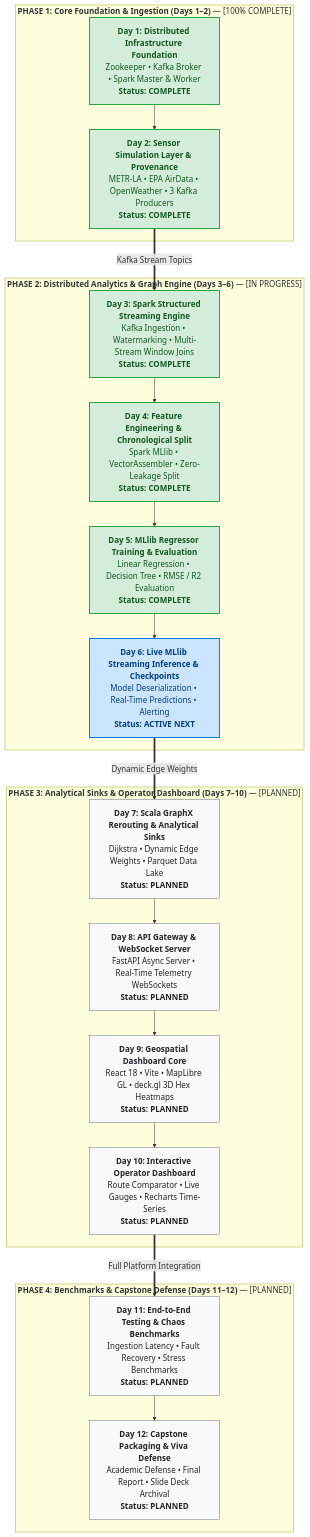
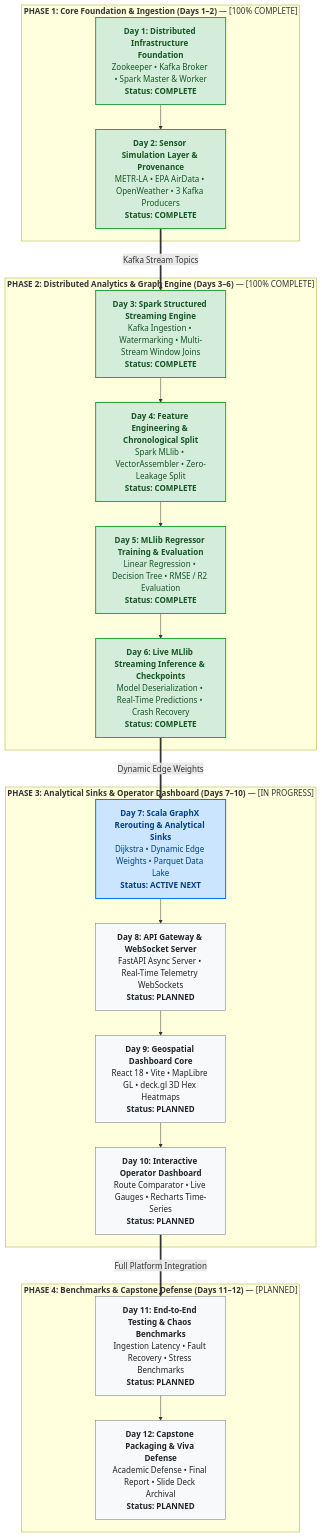
Before and after one commit to charan21042005/urbanix: the diagram in _day-notes/README.md, drawn with Mermaid. The commit also changed other lines of this file and 9 other files, not shown here.

Commit message:
feat(streaming): integrate live MLlib inference and checkpoint recovery

````diff
--- a/_day-notes/README.md
+++ b/_day-notes/README.md
@@ -19,53 +20,53 @@
 ```mermaid
 graph TD
     %% Phase 1: Core Foundation & Ingestion
     subgraph P1["<b>PHASE 1: Core Foundation & Ingestion (Days 1–2)</b> — [100% COMPLETE]"]
         D1["<b>Day 1: Distributed Infrastructure Foundation</b><br>Zookeeper • Kafka Broker • Spark Master & Worker<br><b>Status: COMPLETE</b>"]
         D2["<b>Day 2: Sensor Simulation Layer & Provenance</b><br>METR-LA • EPA AirData • OpenWeather • 3 Kafka Producers<br><b>Status: COMPLETE</b>"]
         D1 --> D2
     end
 
     %% Phase 2: Distributed Analytics & Graph Engine
-    subgraph P2["<b>PHASE 2: Distributed Analytics & Graph Engine (Days 3–6)</b> — [IN PROGRESS]"]
+    subgraph P2["<b>PHASE 2: Distributed Analytics & Graph Engine (Days 3–6)</b> — [100% COMPLETE]"]
         D3["<b>Day 3: Spark Structured Streaming Engine</b><br>Kafka Ingestion • Watermarking • Multi-Stream Window Joins<br><b>Status: COMPLETE</b>"]
         D4["<b>Day 4: Feature Engineering & Chronological Split</b><br>Spark MLlib • VectorAssembler • Zero-Leakage Split<br><b>Status: COMPLETE</b>"]
         D5["<b>Day 5: MLlib Regressor Training & Evaluation</b><br>Linear Regression • Decision Tree • RMSE / R2 Evaluation<br><b>Status: COMPLETE</b>"]
-        D6["<b>Day 6: Live MLlib Streaming Inference & Checkpoints</b><br>Model Deserialization • Real-Time Predictions • Alerting<br><b>Status: ACTIVE NEXT</b>"]
+        D6["<b>Day 6: Live MLlib Streaming Inference & Checkpoints</b><br>Model Deserialization • Real-Time Predictions • Crash Recovery<br><b>Status: COMPLETE</b>"]
         D3 --> D4 --> D5 --> D6
     end
 
     %% Phase 3: Analytical Sinks & Operator Dashboard
-    subgraph P3["<b>PHASE 3: Analytical Sinks & Operator Dashboard (Days 7–10)</b> — [PLANNED]"]
-        D7["<b>Day 7: Scala GraphX Rerouting & Analytical Sinks</b><br>Dijkstra • Dynamic Edge Weights • Parquet Data Lake<br><b>Status: PLANNED</b>"]
+    subgraph P3["<b>PHASE 3: Analytical Sinks & Operator Dashboard (Days 7–10)</b> — [IN PROGRESS]"]
+        D7["<b>Day 7: Scala GraphX Rerouting & Analytical Sinks</b><br>Dijkstra • Dynamic Edge Weights • Parquet Data Lake<br><b>Status: ACTIVE NEXT</b>"]
         D8["<b>Day 8: API Gateway & WebSocket Server</b><br>FastAPI Async Server • Real-Time Telemetry WebSockets<br><b>Status: PLANNED</b>"]
         D9["<b>Day 9: Geospatial Dashboard Core</b><br>React 18 • Vite • MapLibre GL • deck.gl 3D Hex Heatmaps<br><b>Status: PLANNED</b>"]
         D10["<b>Day 10: Interactive Operator Dashboard</b><br>Route Comparator • Live Gauges • Recharts Time-Series<br><b>Status: PLANNED</b>"]
         D7 --> D8 --> D9 --> D10
     end
 
     %% Phase 4: Benchmarks & Defense
     subgraph P4["<b>PHASE 4: Benchmarks & Capstone Defense (Days 11–12)</b> — [PLANNED]"]
         D11["<b>Day 11: End-to-End Testing & Chaos Benchmarks</b><br>Ingestion Latency • Fault Recovery • Stress Benchmarks<br><b>Status: PLANNED</b>"]
         D12["<b>Day 12: Capstone Packaging & Viva Defense</b><br>Academic Defense • Final Report • Slide Deck Archival<br><b>Status: PLANNED</b>"]
         D11 --> D12
     end
 
     %% Inter-Phase Transitions
     D2 ==>|Kafka Stream Topics| D3
     D6 ==>|Dynamic Edge Weights| D7
     D10 ==>|Full Platform Integration| D11
 
     %% Explicit High-Contrast Styling (Guaranteed Readability in Light & Dark Themes)
     style D1 fill:#d4edda,stroke:#28a745,stroke-width:2px,color:#155724
     style D2 fill:#d4edda,stroke:#28a745,stroke-width:2px,color:#155724
     style D3 fill:#d4edda,stroke:#28a745,stroke-width:2px,color:#155724
     style D4 fill:#d4edda,stroke:#28a745,stroke-width:2px,color:#155724
     style D5 fill:#d4edda,stroke:#28a745,stroke-width:2px,color:#155724
-    style D6 fill:#cce5ff,stroke:#007bff,stroke-width:2px,color:#004085
-    style D7 fill:#f8f9fa,stroke:#6c757d,stroke-width:1px,color:#212529
+    style D6 fill:#d4edda,stroke:#28a745,stroke-width:2px,color:#155724
+    style D7 fill:#cce5ff,stroke:#007bff,stroke-width:2px,color:#004085
     style D8 fill:#f8f9fa,stroke:#6c757d,stroke-width:1px,color:#212529
     style D9 fill:#f8f9fa,stroke:#6c757d,stroke-width:1px,color:#212529
     style D10 fill:#f8f9fa,stroke:#6c757d,stroke-width:1px,color:#212529
     style D11 fill:#f8f9fa,stroke:#6c757d,stroke-width:1px,color:#212529
     style D12 fill:#f8f9fa,stroke:#6c757d,stroke-width:1px,color:#212529
 ```
````
